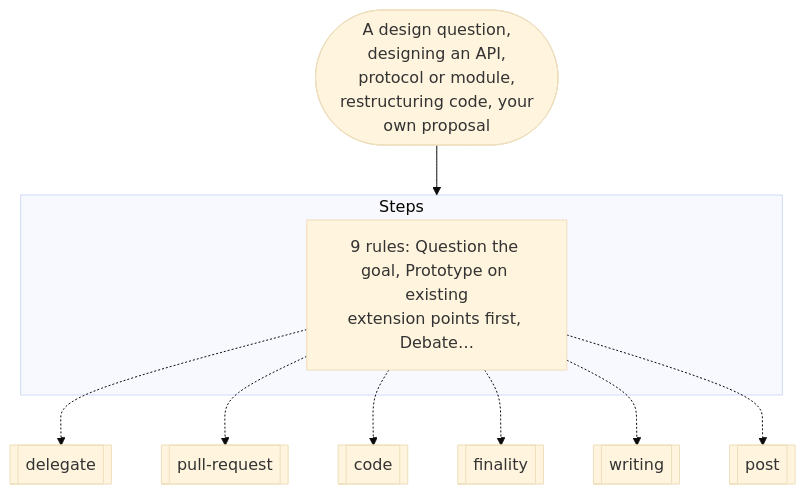
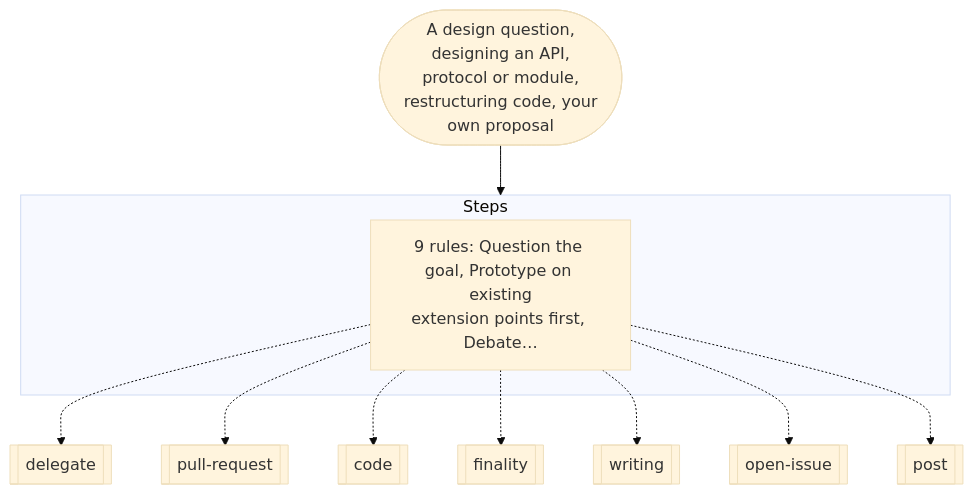
Before and after one commit to nitedani/mergeworthy: the fourth of 19 diagrams in docs/graphs.md, drawn with Mermaid (base theme). The commit also changed other lines of this file and 3 other files, not shown here.

First line of the commit message:
The WIP comment is posted through post as a reply before a thread's third proposal, a design with no thread goes to the user in chat in their own repo or to the maintainer on an issue in another's, and the map records an agreement by its permalink or the user's dated words

````diff
--- a/docs/graphs.md
+++ b/docs/graphs.md
@@ -116,14 +116,15 @@
 ```mermaid
 flowchart TB
   start(["A design question,<br/>designing an API,<br/>protocol or module,<br/>restructuring code, your<br/>own proposal"])
   subgraph g0["Steps"]
     s0["9 rules: Question the goal, Prototype on existing<br/>extension points first, Debate…"]
   end
   s0 -.-> r1[["delegate"]]
   s0 -.-> r2[["pull-request"]]
   s0 -.-> r3[["code"]]
   s0 -.-> r4[["finality"]]
   s0 -.-> r5[["writing"]]
-  s0 -.-> r6[["post"]]
+  s0 -.-> r6[["open-issue"]]
+  s0 -.-> r7[["post"]]
   start --> g0
 ```
````
